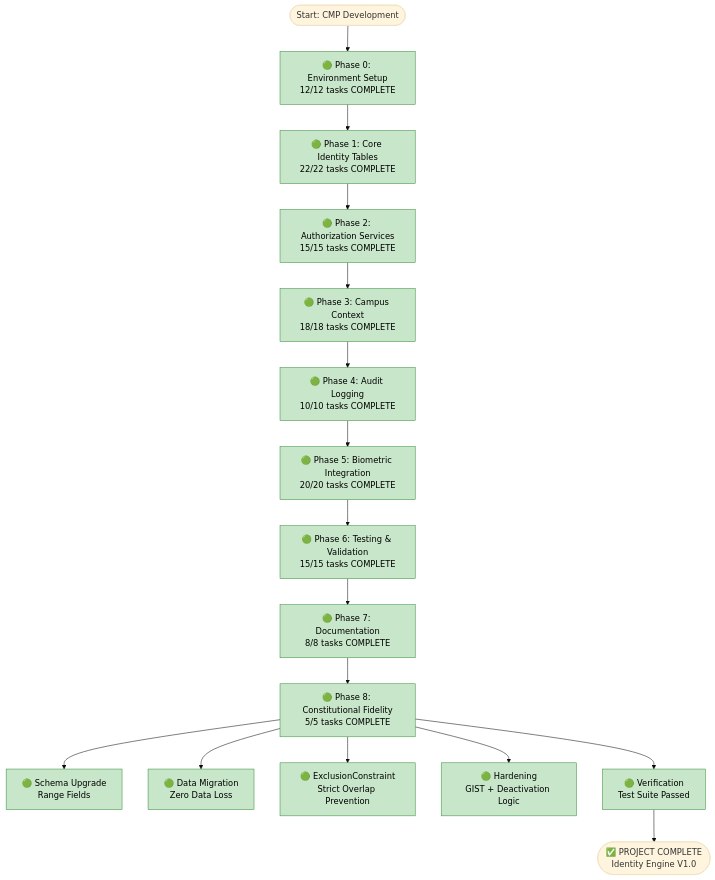
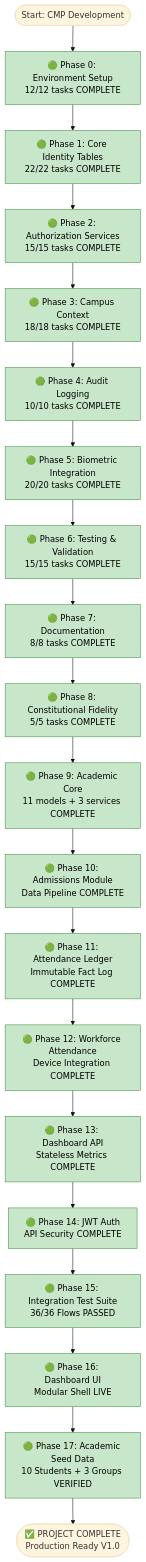
The diagram in flowchart.md (LangoveCoder/Campus-Managment-System), drawn with Mermaid (base theme) before and after one commit. The commit also changed other lines of this file and 2359 other files, not shown here.

Commit message:
Complete Phase 16 & 17: Front-end UIs (Academics, Dashboard, Attendance) and Dev Seeding script.

````diff
--- a/flowchart.md
+++ b/flowchart.md
@@ -72,19 +71,58 @@
 
     %% Phase 8
     Phase8[🟢 Phase 8: Constitutional Fidelity<br/>5/5 tasks COMPLETE]
-    Phase8 --> Schema[🟢 Schema Upgrade<br/>Range Fields]
-    Phase8 --> Migration[🟢 Data Migration<br/>Zero Data Loss]
-    Phase8 --> Constraint[🟢 ExclusionConstraint<br/>Strict Overlap Prevention]
-    Phase8 --> Hardening[🟢 Hardening<br/>GIST + Deactivation Logic]
-    Phase8 --> Verify[🟢 Verification<br/>Test Suite Passed]
     
-    Verify --> Complete
+    Phase8 --> Phase9
 
-    Complete([✅ PROJECT COMPLETE<br/>Identity Engine V1.0])
+    %% Phase 9
+    Phase9[🟢 Phase 9: Academic Core<br/>11 models + 3 services COMPLETE]
+
+    Phase9 --> Phase10
+
+    %% Phase 10
+    Phase10[🟢 Phase 10: Admissions Module<br/>Data Pipeline COMPLETE]
+
+    Phase10 --> Phase11
+
+    %% Phase 11
+    Phase11[🟢 Phase 11: Attendance Ledger<br/>Immutable Fact Log COMPLETE]
+
+    Phase11 --> Phase12
+
+    %% Phase 12
+    Phase12[🟢 Phase 12: Workforce Attendance<br/>Device Integration COMPLETE]
+
+    Phase12 --> Phase13
+
+    %% Phase 13
+    Phase13[🟢 Phase 13: Dashboard API<br/>Stateless Metrics COMPLETE]
+
+    Phase13 --> Phase14
+
+    %% Phase 14
+    Phase14[🟢 Phase 14: JWT Auth<br/>API Security COMPLETE]
+
+    Phase14 --> Phase15
+
+    %% Phase 15
+    Phase15[🟢 Phase 15: Integration Test Suite<br/>36/36 Flows PASSED]
+
+    Phase15 --> Phase16
+
+    %% Phase 16
+    Phase16[🟢 Phase 16: Dashboard UI<br/>Modular Shell LIVE]
+
+    Phase16 --> Phase17
+
+    %% Phase 17
+    Phase17[🟢 Phase 17: Academic Seed Data<br/>10 Students + 3 Groups VERIFIED]
+    
+    Phase17 --> Complete
+
+    Complete([✅ PROJECT COMPLETE<br/>Production Ready V1.0])
 
     %% Styling
     classDef complete fill:#c8e6c9,stroke:#388e3c,color:#000
     
-    class Phase0,Phase1,Phase2,Phase3,Phase4,Phase5,Phase6,Phase7,Phase8 complete
-    class Schema,Migration,Constraint,Hardening,Verify complete
+    class Phase0,Phase1,Phase2,Phase3,Phase4,Phase5,Phase6,Phase7,Phase8,Phase9,Phase10,Phase11,Phase12,Phase13,Phase14,Phase15,Phase16,Phase17 complete
 ```
````
